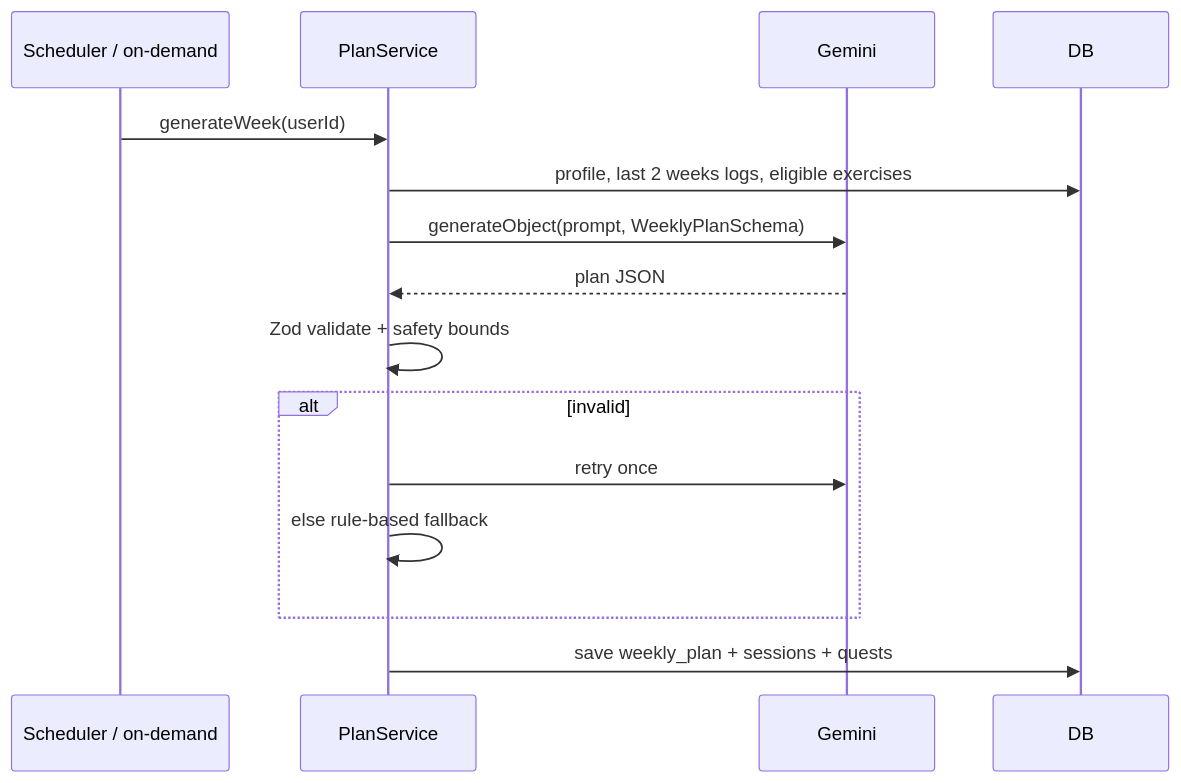
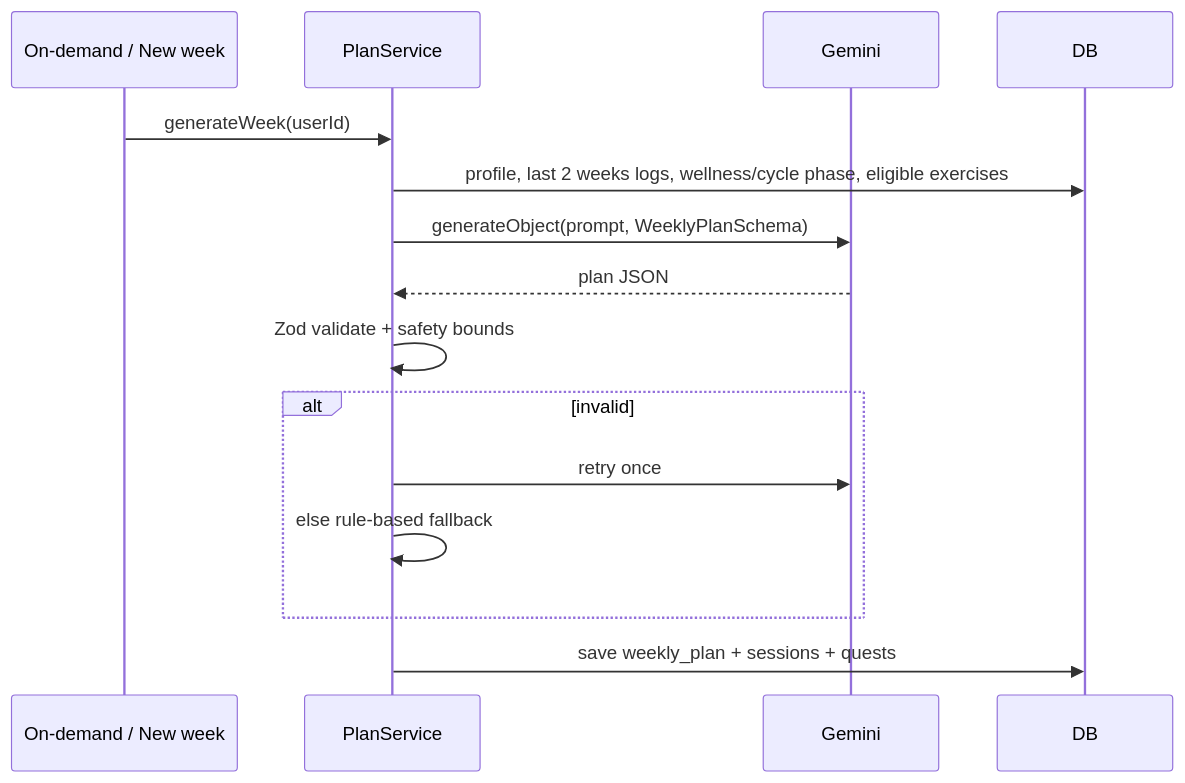
One commit to HaqqiS/Level-UP-Project changed the third of 3 diagrams in docs/ARCHITECTURE.md. Above: the diagram before and after it, drawn with Mermaid. The commit also changed other lines of this file and 2 other files, not shown here.

Commit message:
docs: update PRD, architecture, and ADR log for v1.5 and v2 milestones

````diff
--- a/docs/ARCHITECTURE.md
+++ b/docs/ARCHITECTURE.md
@@ -91,17 +128,17 @@
 ```mermaid
 sequenceDiagram
-  participant S as Scheduler / on-demand
+  participant S as On-demand / New week
   participant P as PlanService
   participant G as Gemini
   participant DB
   S->>P: generateWeek(userId)
-  P->>DB: profile, last 2 weeks logs, eligible exercises
+  P->>DB: profile, last 2 weeks logs, wellness/cycle phase, eligible exercises
   P->>G: generateObject(prompt, WeeklyPlanSchema)
   G-->>P: plan JSON
   P->>P: Zod validate + safety bounds
   alt invalid
     P->>G: retry once
     P->>P: else rule-based fallback
   end
   P->>DB: save weekly_plan + sessions + quests
 ```
````
